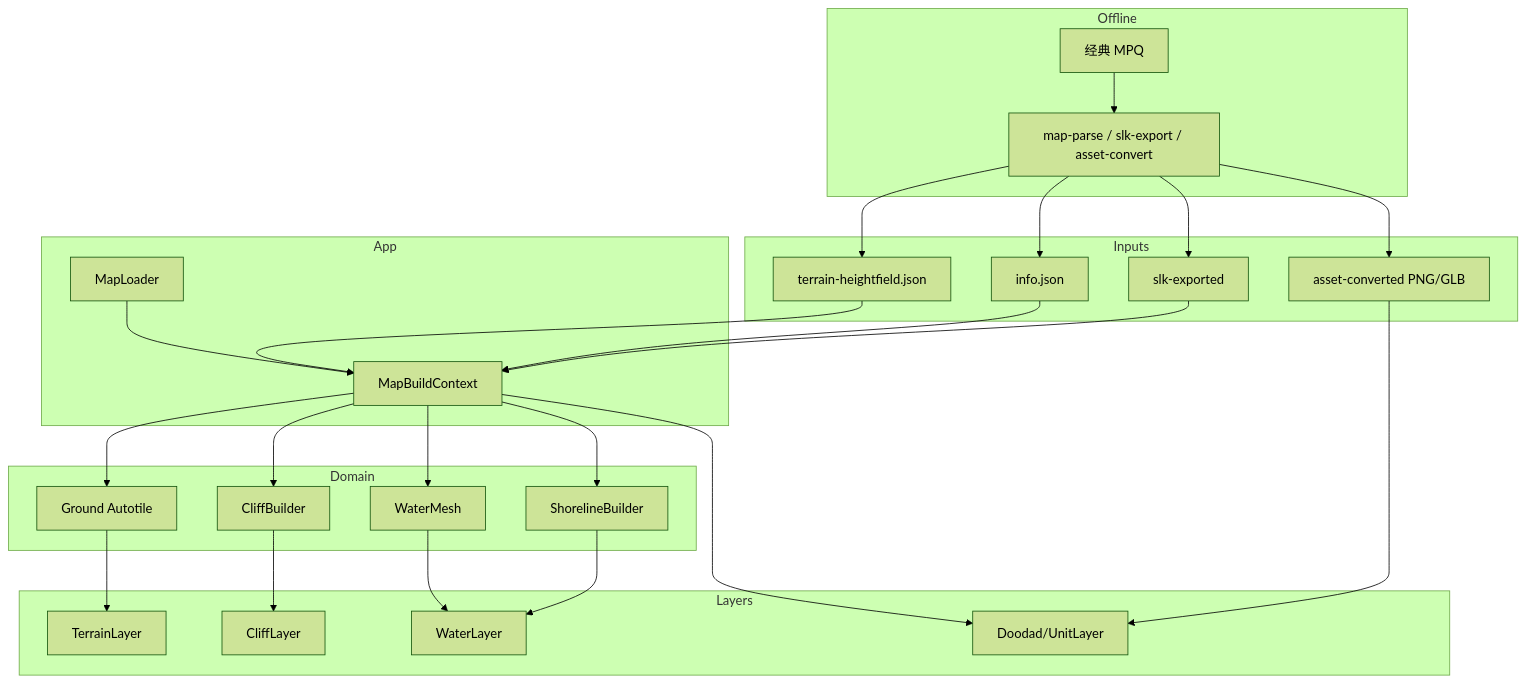
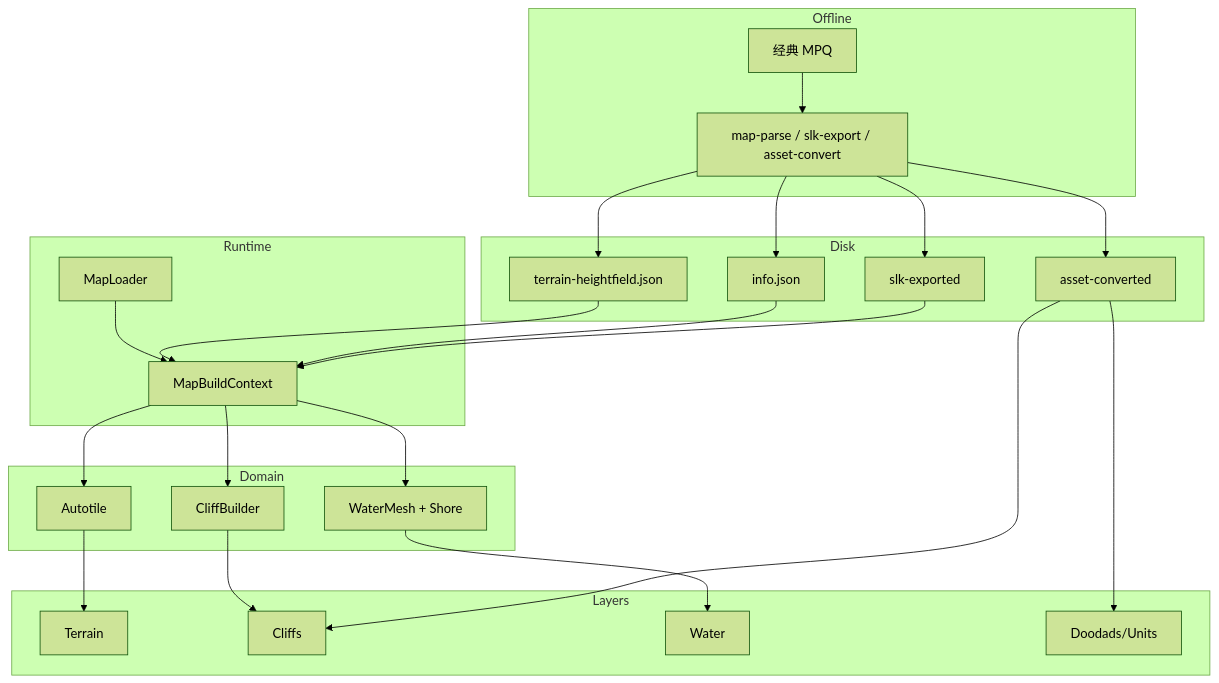
The diagram in docs/MAP_ARCHITECTURE.md (LiGameAcademy/godot_warcraft3), drawn with Mermaid (forest theme) before and after one commit. The commit also changed other lines of this file and 17 other files, not shown here.

First line of the commit message:
Improve map editor cliffs/brushes and document MapRoot + roadmap.

````diff
--- a/docs/MAP_ARCHITECTURE.md
+++ b/docs/MAP_ARCHITECTURE.md
@@ -167,44 +165,38 @@
 ```mermaid
 flowchart TB
   subgraph Offline
     MPQ[经典 MPQ]
-    PARSE[map-parse / slk-export / asset-convert]
-    MPQ --> PARSE
+    TOOLS[map-parse / slk-export / asset-convert]
+    MPQ --> TOOLS
   end
-
-  subgraph Inputs
+  subgraph Disk
     HF[terrain-heightfield.json]
     INFO[info.json]
     SLK[slk-exported]
-    GLB[asset-converted PNG/GLB]
+    GLB[asset-converted]
   end
-  PARSE --> HF & INFO & SLK & GLB
-
-  subgraph App
+  TOOLS --> HF & INFO & SLK & GLB
+  subgraph Runtime
+    LOADER[MapLoader]
     CTX[MapBuildContext]
-    LOADER[MapLoader]
+    LOADER --> CTX
+    HF & INFO --> CTX
+    SLK --> CTX
   end
-  HF & INFO --> CTX
-  SLK --> CTX
-  LOADER --> CTX
-
   subgraph Domain
-    G[Ground Autotile]
+    G[Autotile]
     C[CliffBuilder]
-    W[WaterMesh]
-    S[ShorelineBuilder]
+    W[WaterMesh + Shore]
   end
-  CTX --> G & C & W & S
-
+  CTX --> G & C & W
   subgraph Layers
-    LT[TerrainLayer]
-    LC[CliffLayer]
-    LW[WaterLayer]
-    LD[Doodad/UnitLayer]
+    LT[Terrain]
+    LC[Cliffs]
+    LW[Water]
+    LD[Doodads/Units]
   end
   G --> LT
   C --> LC
-  W & S --> LW
-  GLB --> LD
-  CTX --> LD
+  W --> LW
+  GLB --> LC & LD
 ```
````
